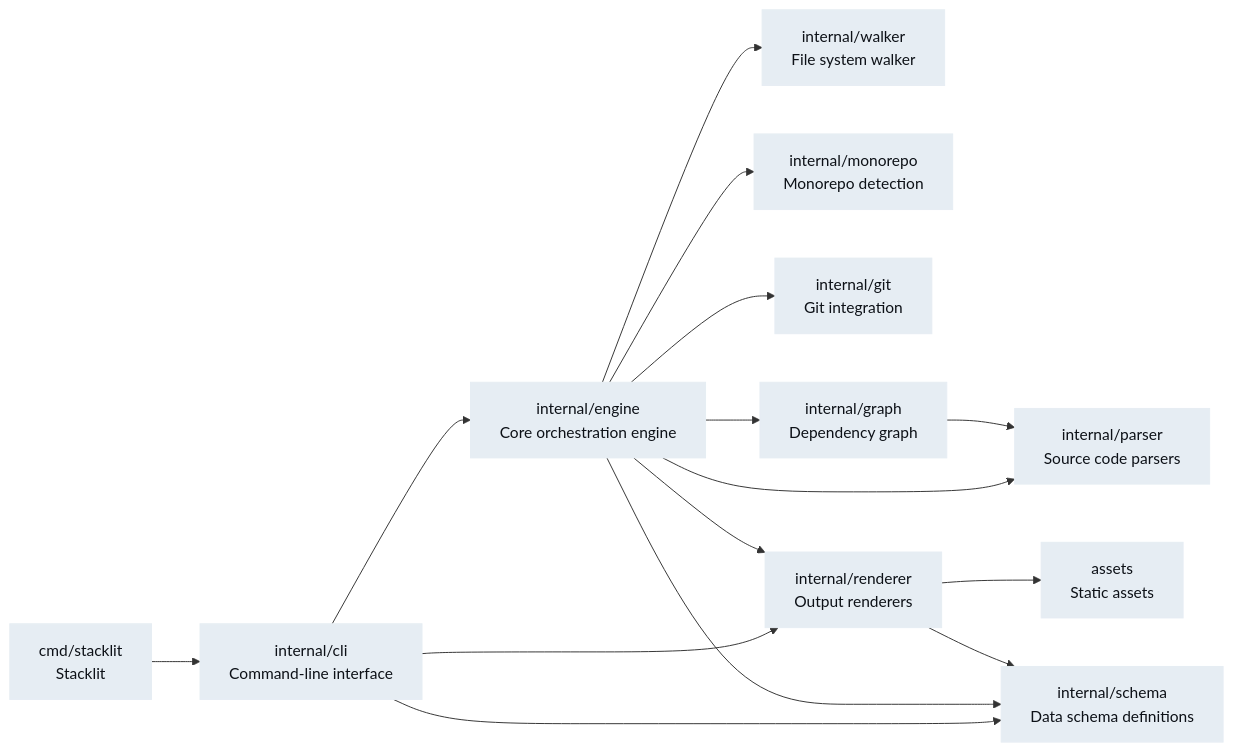
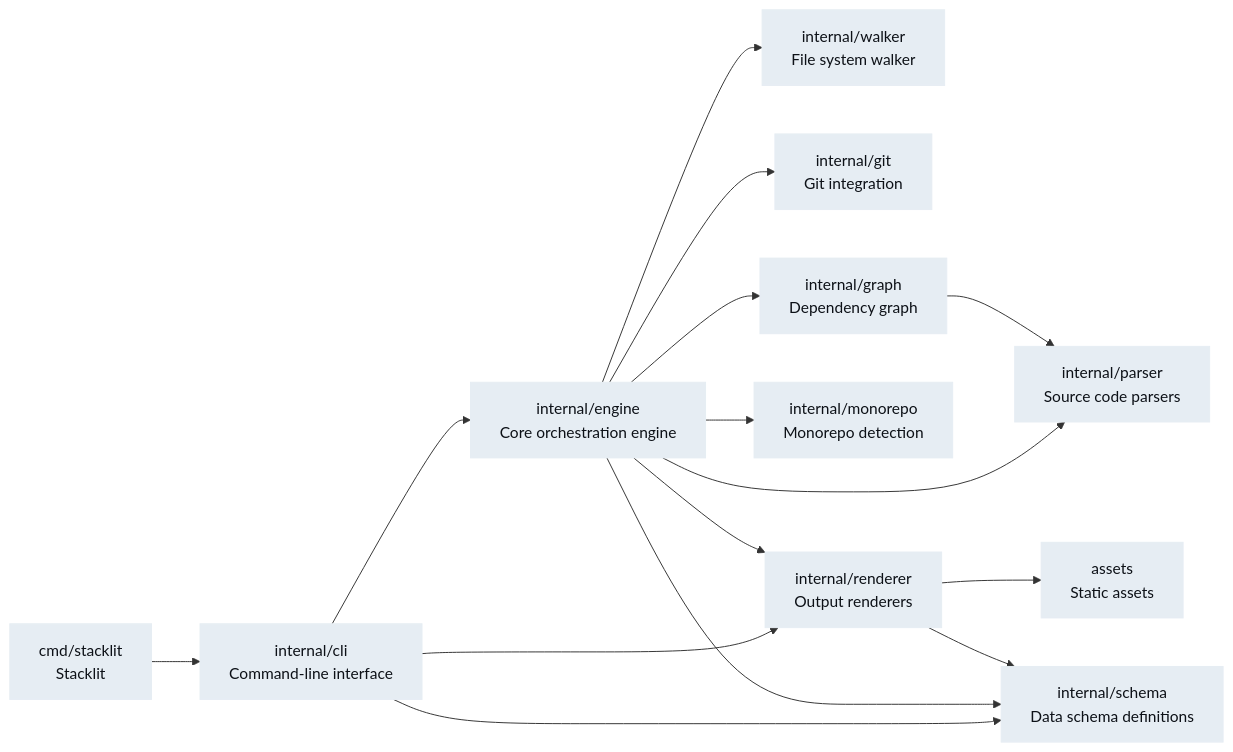
One commit to atharvasingh7007/stacklit changed the diagram in stacklit.mmd. Above: the diagram before and after it, drawn with Mermaid. The commit also changed 1 other file, not shown here.

```diff
--- a/stacklit.mmd
+++ b/stacklit.mmd
@@ -1,29 +1,30 @@
 graph LR
   classDef go fill:#e6edf3,color:#0d1117,stroke:#e6edf3
+  classDef javascript fill:#c9d1d9,color:#0d1117,stroke:#c9d1d9
   classDef typescript fill:#c9d1d9,color:#0d1117,stroke:#c9d1d9
   classDef python fill:#b1bac4,color:#0d1117,stroke:#b1bac4
+  assets["assets\nStatic assets"]:::go
+  cmd_stacklit["cmd/stacklit\nStacklit"]:::go
+  internal_parser["internal/parser\nSource code parsers"]:::go
   internal_schema["internal/schema\nData schema definitions"]:::go
   internal_walker["internal/walker\nFile system walker"]:::go
-  assets["assets\nStatic assets"]:::go
+  internal_cli["internal/cli\nCommand-line interface"]:::go
   internal_engine["internal/engine\nCore orchestration engine"]:::go
-  internal_monorepo["internal/monorepo\nMonorepo detection"]:::go
-  cmd_stacklit["cmd/stacklit\nStacklit"]:::go
-  internal_cli["internal/cli\nCommand-line interface"]:::go
   internal_git["internal/git\nGit integration"]:::go
   internal_graph["internal/graph\nDependency graph"]:::go
-  internal_parser["internal/parser\nSource code parsers"]:::go
+  internal_monorepo["internal/monorepo\nMonorepo detection"]:::go
   internal_renderer["internal/renderer\nOutput renderers"]:::go
   cmd_stacklit --> internal_cli
   internal_cli --> internal_engine
   internal_cli --> internal_renderer
   internal_cli --> internal_schema
   internal_engine --> internal_git
   internal_engine --> internal_graph
   internal_engine --> internal_monorepo
   internal_engine --> internal_parser
   internal_engine --> internal_renderer
   internal_engine --> internal_schema
   internal_engine --> internal_walker
   internal_graph --> internal_parser
   internal_renderer --> assets
   internal_renderer --> internal_schema
```
